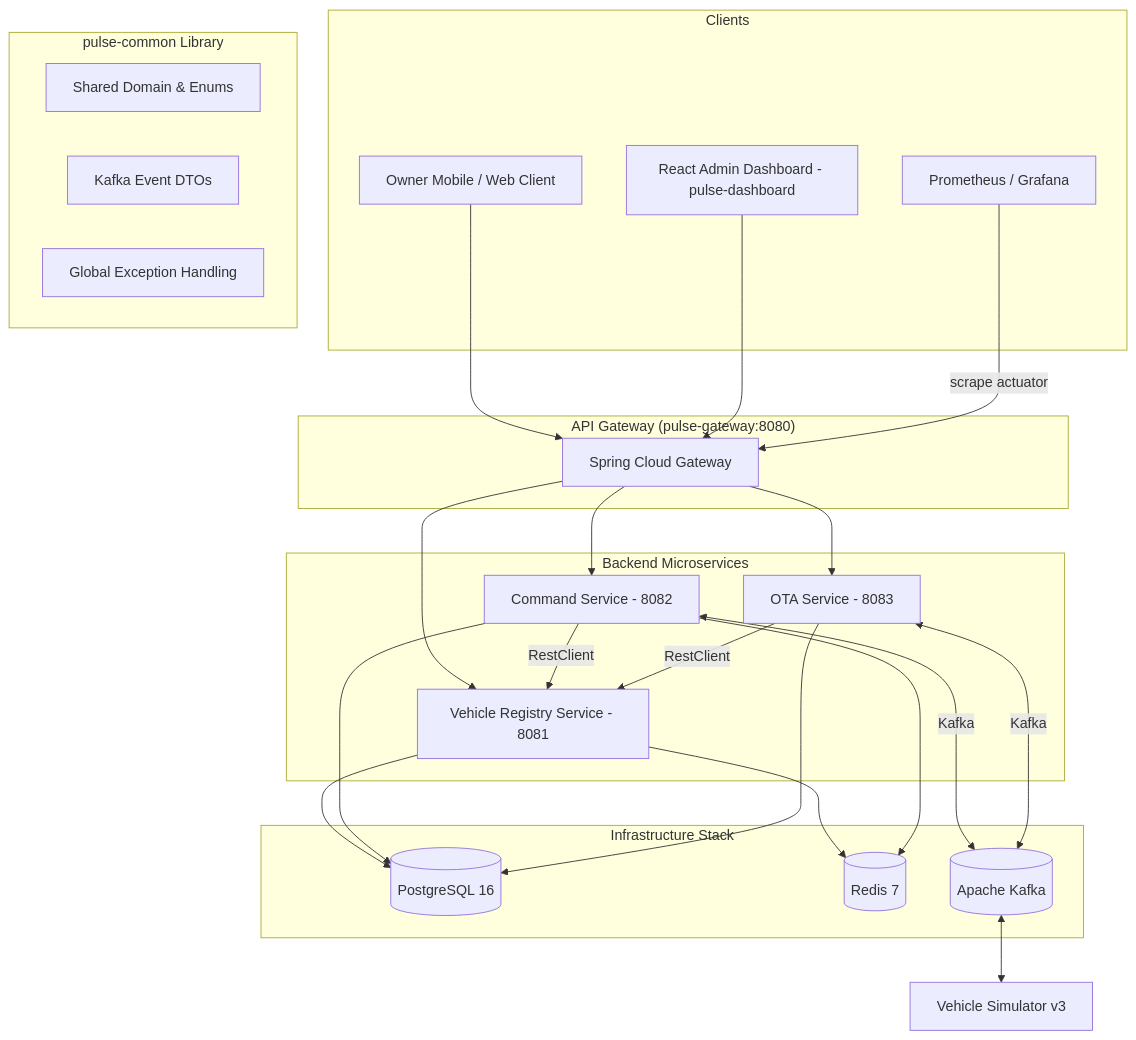
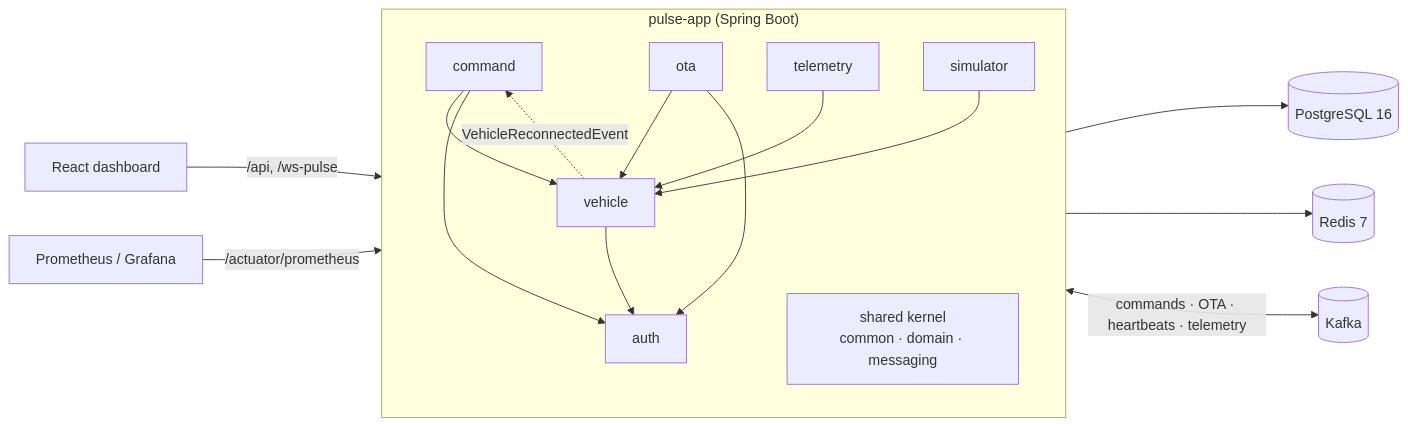
One commit to basarsy/pulse changed the diagram in README.md. Above: the diagram before and after it, drawn with Mermaid. The commit also changed other lines of this file, not shown here.

Commit message:
docs: describe the modular monolith architecture and how to run it

````diff
--- a/README.md
+++ b/README.md
@@ -30,49 +38,27 @@
 ```mermaid
-flowchart TB
-    subgraph Clients
-        A[Owner Mobile / Web Client]
-        B[React Admin Dashboard - pulse-dashboard]
-        PROM[Prometheus / Grafana]
+flowchart LR
+    subgraph App["pulse-app (Spring Boot)"]
+        AUTH[auth]
+        VEH[vehicle]
+        CMD[command]
+        OTA[ota]
+        TEL[telemetry]
+        SIM[simulator]
+        SK["shared kernel<br/>common · domain · messaging"]
     end
 
-    subgraph Gateway["API Gateway (pulse-gateway:8080)"]
-        GW[Spring Cloud Gateway]
-    end
+    CMD --> VEH
+    OTA --> VEH
+    TEL --> VEH
+    SIM --> VEH
+    VEH --> AUTH
+    CMD --> AUTH
+    OTA --> AUTH
+    VEH -. VehicleReconnectedEvent .-> CMD
 
-    subgraph Microservices["Backend Microservices"]
-        VR[Vehicle Registry Service - 8081]
-        CS[Command Service - 8082]
-        OS[OTA Service - 8083]
-    end
-
-    subgraph Shared["pulse-common Library"]
-        DOM[Shared Domain & Enums]
-        DTO[Kafka Event DTOs]
-        ERR[Global Exception Handling]
-    end
-
-    subgraph Infra["Infrastructure Stack"]
-        PG[(PostgreSQL 16)]
-        RD[(Redis 7)]
-        KF[(Apache Kafka)]
-    end
-
-    SIM[Vehicle Simulator v3]
-
-    A --> GW
-    B --> GW
-    GW --> VR
-    GW --> CS
-    GW --> OS
-    VR --> PG
-    VR --> RD
-    CS --> PG
-    CS --> RD
-    OS --> PG
-    CS <-->|Kafka| KF
-    OS <-->|Kafka| KF
-    KF <--> SIM
-    CS -->|RestClient| VR
-    OS -->|RestClient| VR
-    PROM -->|scrape actuator| GW
+    DASH[React dashboard] -->|/api, /ws-pulse| App
+    App --> PG[(PostgreSQL 16)]
+    App --> RD[(Redis 7)]
+    App <-->|commands · OTA · heartbeats · telemetry| KF[(Kafka)]
+    PROM[Prometheus / Grafana] -->|/actuator/prometheus| App
 ```
````
